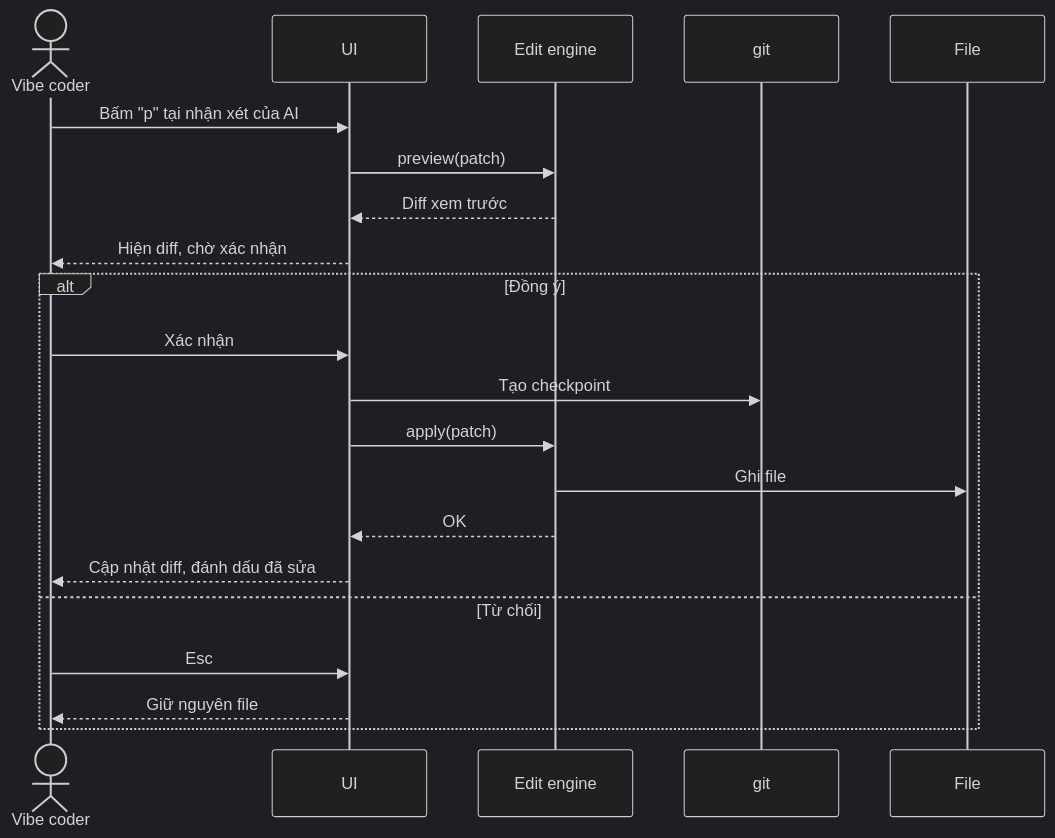
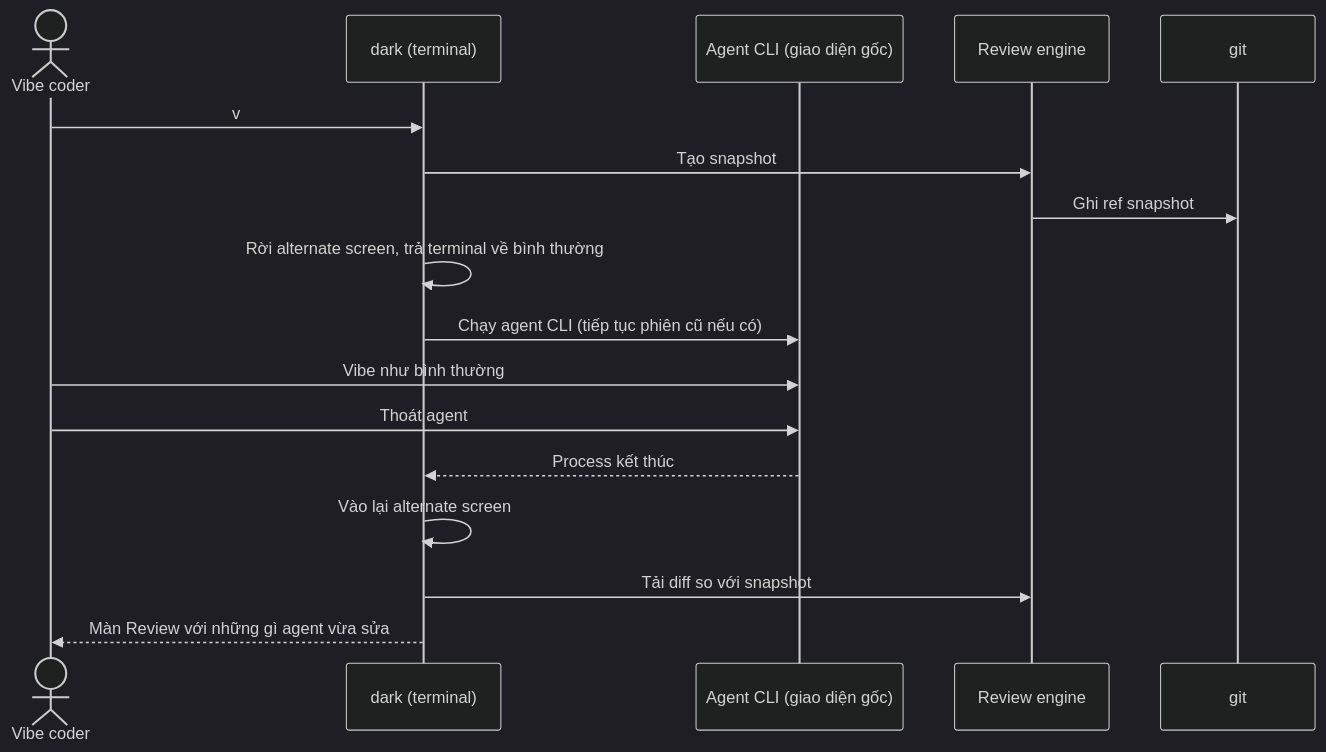
The fifth of 7 diagrams in docs/SEQUENCE.md (lhnhidev/dark), drawn with Mermaid (dark theme) before and after one commit. The commit also changed other lines of this file and 7 other files, not shown here.

Commit message:
docs: redefine product scope and roadmap

````diff
--- a/docs/SEQUENCE.md
+++ b/docs/SEQUENCE.md
@@ -122,24 +131,20 @@
 ```mermaid
 sequenceDiagram
     actor U as Vibe coder
-    participant UI as UI
-    participant ED as Edit engine
+    participant D as dark (terminal)
+    participant AG as Agent CLI (giao diện gốc)
+    participant RV as Review engine
     participant G as git
-    participant FS as File
 
-    U->>UI: Bấm "p" tại nhận xét của AI
-    UI->>ED: preview(patch)
-    ED-->>UI: Diff xem trước
-    UI-->>U: Hiện diff, chờ xác nhận
-    alt Đồng ý
-        U->>UI: Xác nhận
-        UI->>G: Tạo checkpoint
-        UI->>ED: apply(patch)
-        ED->>FS: Ghi file
-        ED-->>UI: OK
-        UI-->>U: Cập nhật diff, đánh dấu đã sửa
-    else Từ chối
-        U->>UI: Esc
-        UI-->>U: Giữ nguyên file
-    end
+    U->>D: v
+    D->>RV: Tạo snapshot
+    RV->>G: Ghi ref snapshot
+    D->>D: Rời alternate screen, trả terminal về bình thường
+    D->>AG: Chạy agent CLI (tiếp tục phiên cũ nếu có)
+    U->>AG: Vibe như bình thường
+    U->>AG: Thoát agent
+    AG-->>D: Process kết thúc
+    D->>D: Vào lại alternate screen
+    D->>RV: Tải diff so với snapshot
+    D-->>U: Màn Review với những gì agent vừa sửa
 ```
````
